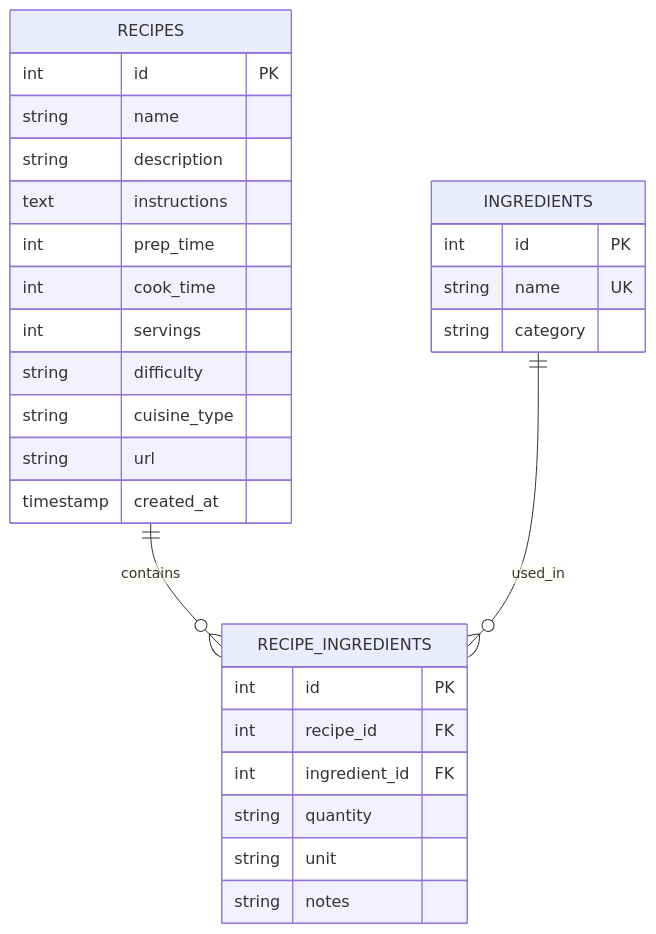
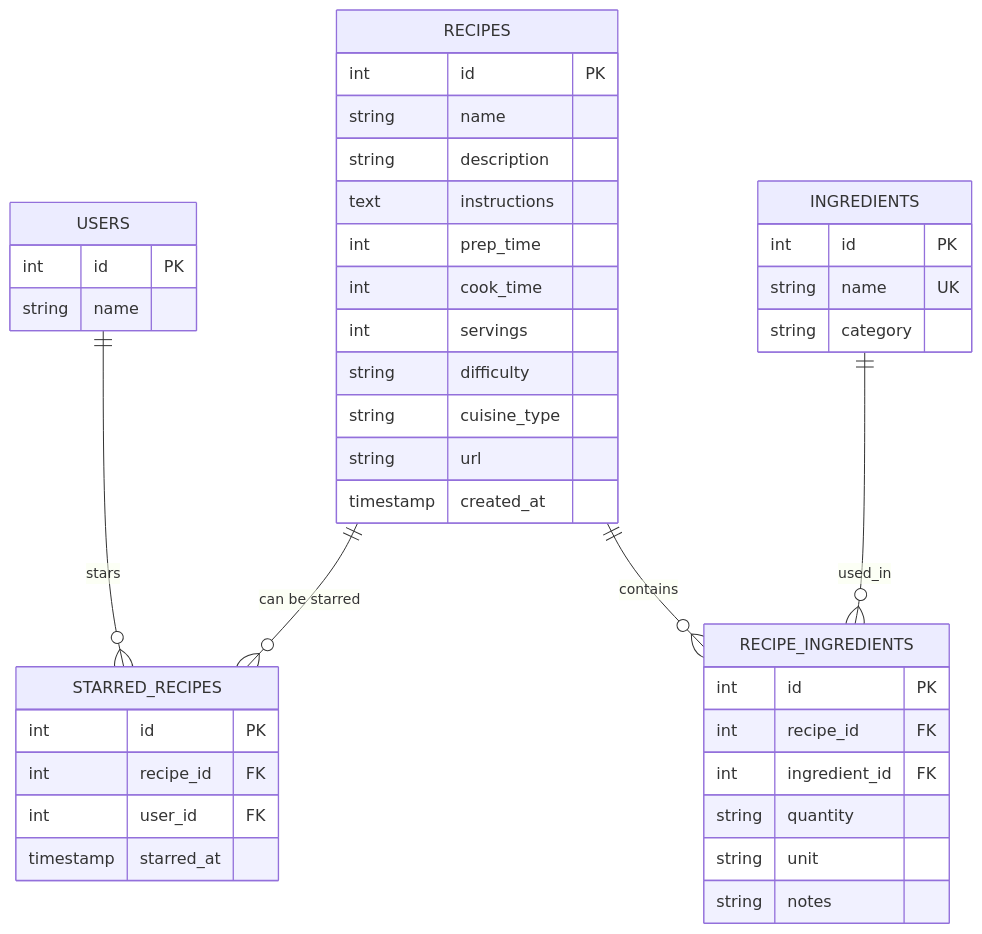
The sixth of 6 diagrams in docs/app_diagram.md (RyanJuricic26/chef-ai), drawn with Mermaid before and after one commit. The commit also changed other lines of this file and 3 other files, not shown here.

````diff
--- a/docs/app_diagram.md
+++ b/docs/app_diagram.md
@@ -204,34 +340,48 @@
 ```mermaid
 erDiagram
+    USERS ||--o{ STARRED_RECIPES : stars
     RECIPES ||--o{ RECIPE_INGREDIENTS : contains
+    RECIPES ||--o{ STARRED_RECIPES : "can be starred"
     INGREDIENTS ||--o{ RECIPE_INGREDIENTS : used_in
+
+    USERS {
+        int id PK
+        string name
+    }
 
     RECIPES {
         int id PK
         string name
         string description
         text instructions
         int prep_time
         int cook_time
         int servings
         string difficulty
         string cuisine_type
         string url
         timestamp created_at
     }
 
     INGREDIENTS {
         int id PK
         string name UK
         string category
     }
 
     RECIPE_INGREDIENTS {
         int id PK
         int recipe_id FK
         int ingredient_id FK
         string quantity
         string unit
         string notes
     }
+
+    STARRED_RECIPES {
+        int id PK
+        int recipe_id FK
+        int user_id FK
+        timestamp starred_at
+    }
 ```
````
